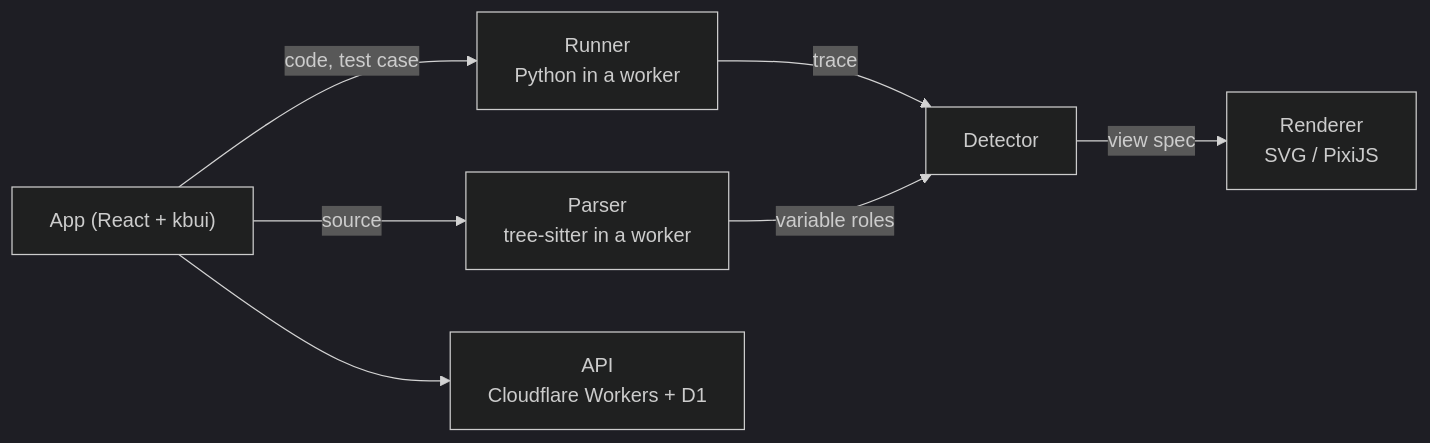
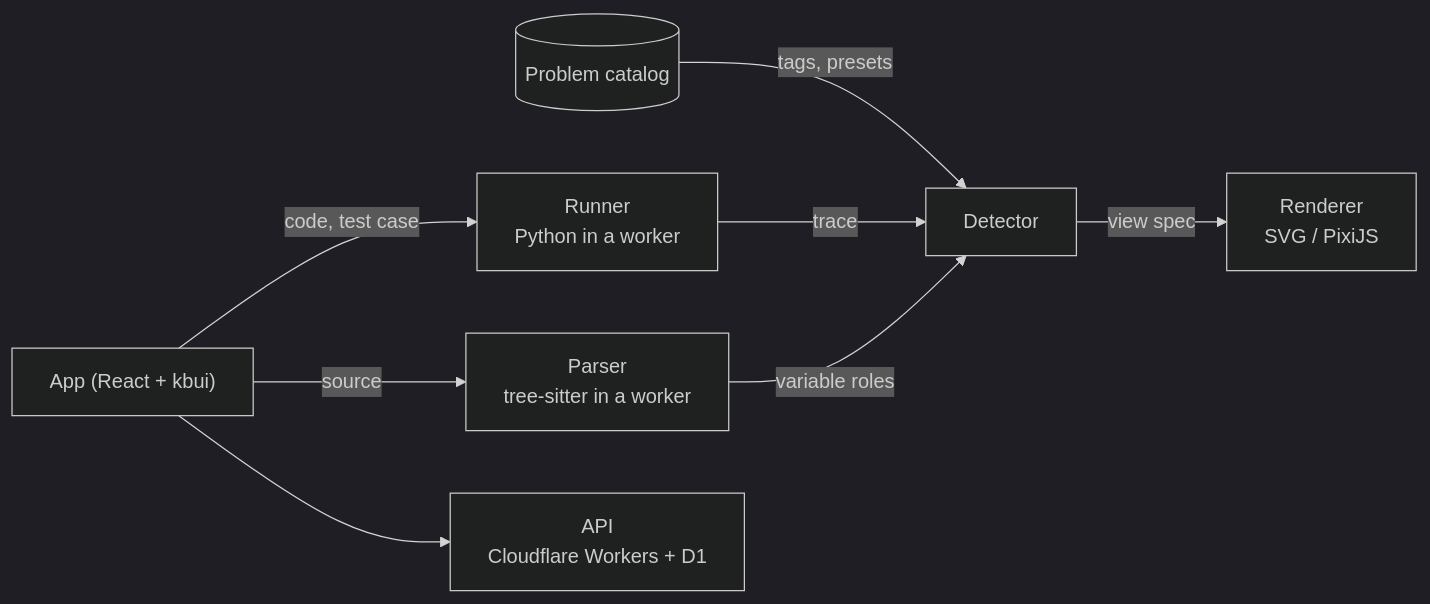
The diagram in docs/technical.md (KhallilB/stepwise), drawn with Mermaid (dark theme) before and after one commit. The commit also changed other lines of this file and 9 other files, not shown here.

````diff
--- a/docs/technical.md
+++ b/docs/technical.md
@@ -7,9 +7,10 @@
 ```mermaid
 flowchart LR
   UI["App (React + kbui)"] -->|code, test case| RUN["Runner<br/>Python in a worker"]
   UI -->|source| PARSE["Parser<br/>tree-sitter in a worker"]
+  CAT[("Problem catalog")] -->|tags, presets| DET
   RUN -->|trace| DET["Detector"]
   PARSE -->|variable roles| DET
   DET -->|view spec| DRAW["Renderer<br/>SVG / PixiJS"]
   UI --> API["API<br/>Cloudflare Workers + D1"]
 ```
````
